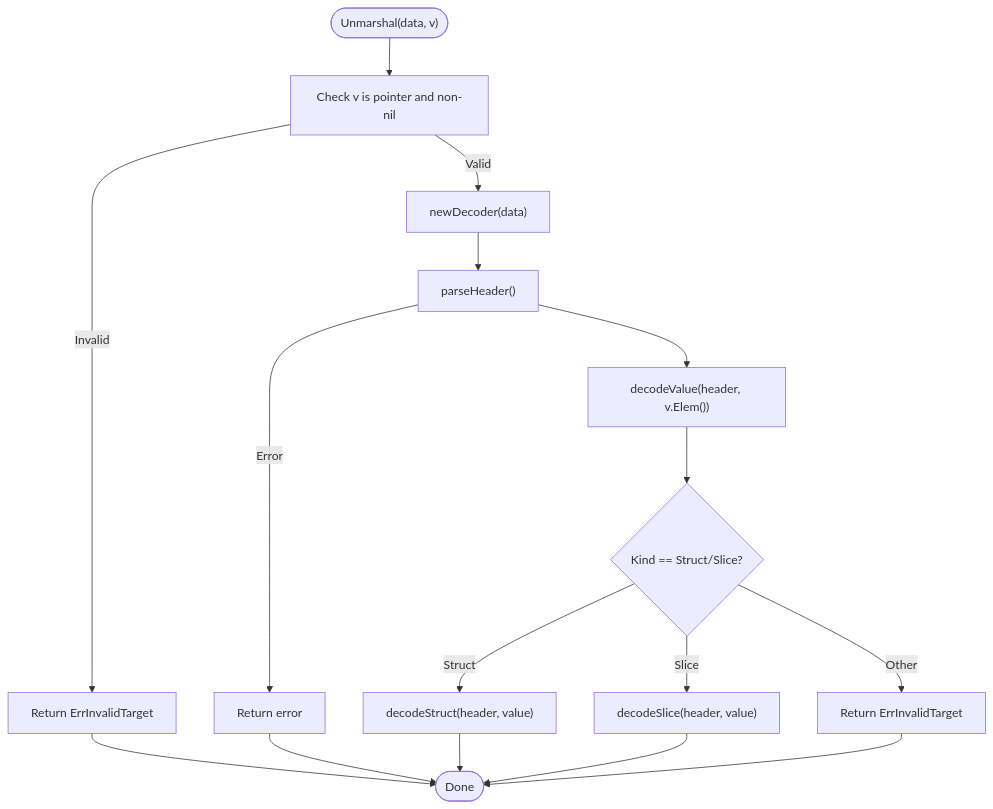
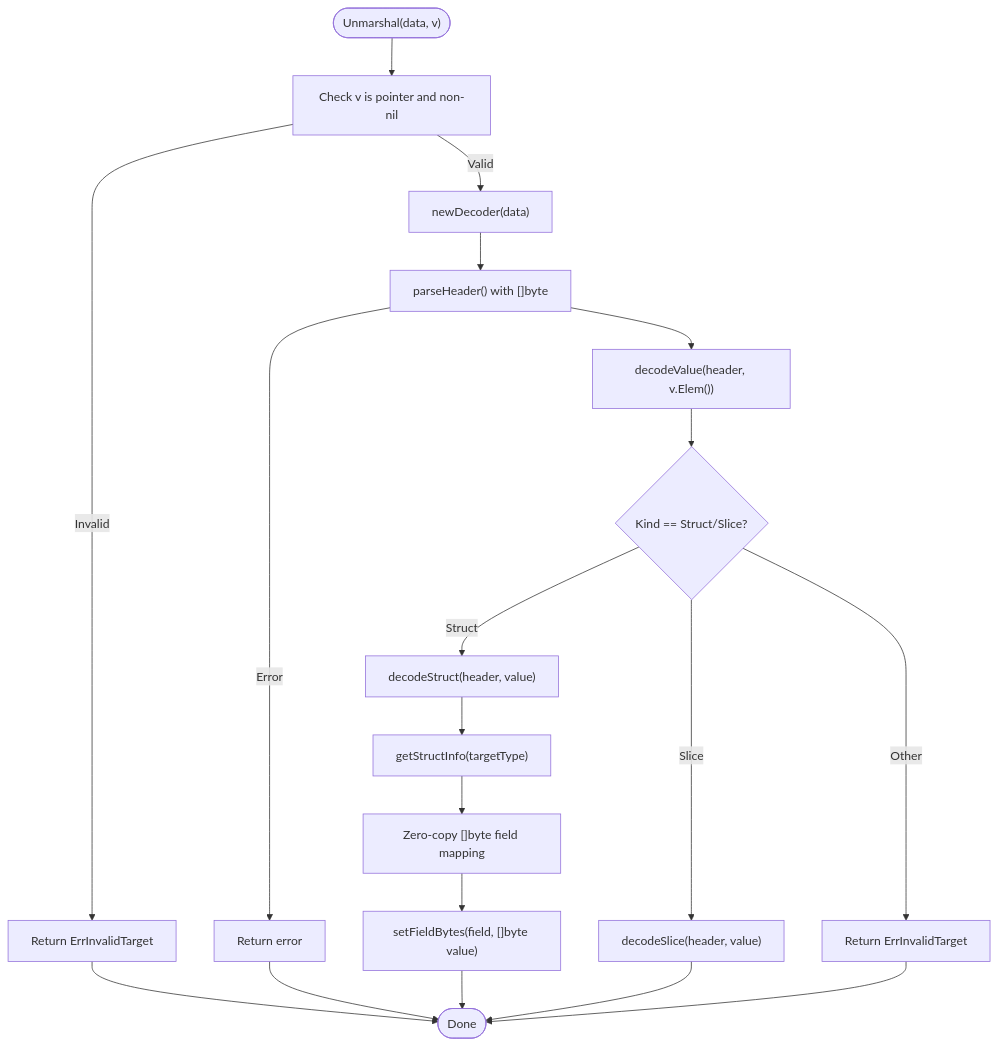
One commit to OTumanov/go-toon changed the third of 5 diagrams in .qoder/repowiki/en/content/Advanced Unmarshaling System.md. Above: the diagram before and after it, drawn with Mermaid. The commit also changed other lines of this file and 6 other files, not shown here.

````diff
--- a/.qoder/repowiki/en/content/Advanced Unmarshaling System.md
+++ b/.qoder/repowiki/en/content/Advanced Unmarshaling System.md
@@ -135,18 +152,21 @@
 ```mermaid
 flowchart TD
 Start(["Unmarshal(data, v)"]) --> CheckPtr["Check v is pointer and non-nil"]
 CheckPtr --> |Invalid| ErrPtr["Return ErrInvalidTarget"]
 CheckPtr --> |Valid| NewDec["newDecoder(data)"]
-NewDec --> ParseHdr["parseHeader()"]
+NewDec --> ParseHdr["parseHeader() with []byte"]
 ParseHdr --> |Error| ErrHdr["Return error"]
 ParseHdr --> Dispatch["decodeValue(header, v.Elem())"]
 Dispatch --> Kind{"Kind == Struct/Slice?"}
 Kind --> |Struct| DecStruct["decodeStruct(header, value)"]
 Kind --> |Slice| DecSlice["decodeSlice(header, value)"]
 Kind --> |Other| ErrKind["Return ErrInvalidTarget"]
-DecStruct --> Done(["Done"])
-DecSlice --> Done
+DecStruct --> FieldMapping["getStructInfo(targetType)"]
+FieldMapping --> ZeroCopy["Zero-copy []byte field mapping"]
+ZeroCopy --> SetFieldBytes["setFieldBytes(field, []byte value)"]
+DecSlice --> Done(["Done"])
+SetFieldBytes --> Done
 ErrPtr --> Done
 ErrHdr --> Done
 ErrKind --> Done
 ```
````
